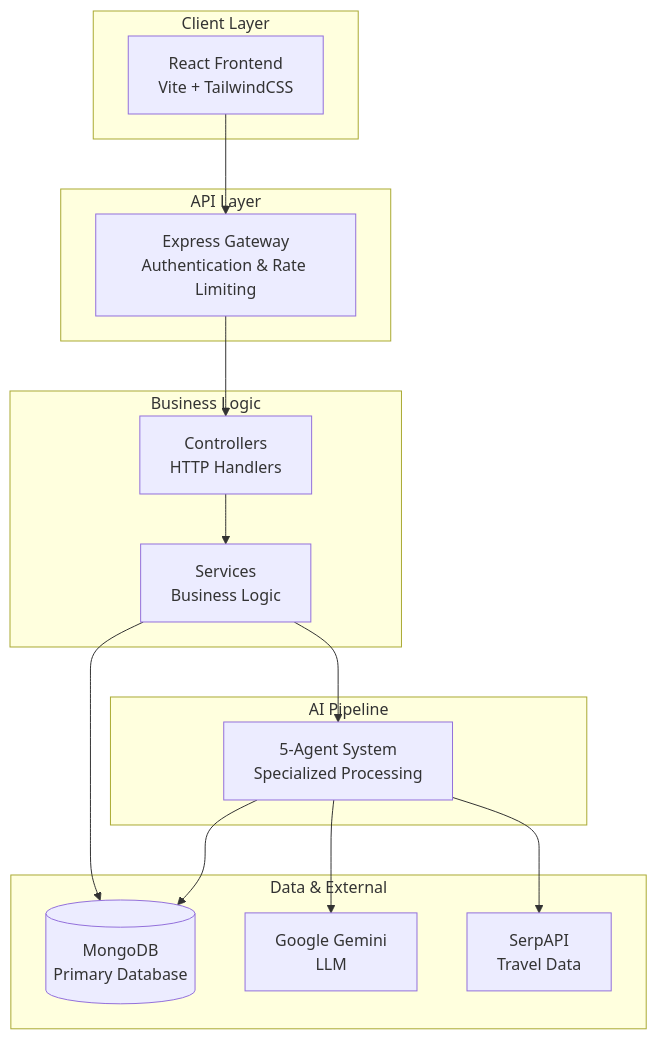
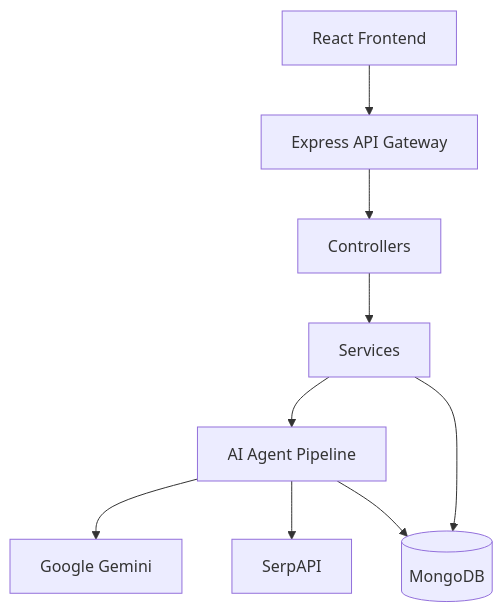
Before and after one commit to VRAJESH-31/VoyageGEN--B2B-Travel-Agency-Quoatation-System: the second of 6 diagrams in README.md, drawn with Mermaid. The commit also changed other lines of this file, not shown here.

````diff
--- a/README.md
+++ b/README.md
@@ -85,34 +368,11 @@
 ```mermaid
-flowchart TD
-    subgraph "Client Layer"
-        A[React Frontend<br/>Vite + TailwindCSS]
-    end
-    
-    subgraph "API Layer"
-        B[Express Gateway<br/>Authentication & Rate Limiting]
-    end
-    
-    subgraph "Business Logic"
-        C[Controllers<br/>HTTP Handlers]
-        D[Services<br/>Business Logic]
-    end
-    
-    subgraph "AI Pipeline"
-        E[5-Agent System<br/>Specialized Processing]
-    end
-    
-    subgraph "Data & External"
-        F[(MongoDB<br/>Primary Database)]
-        G[Google Gemini<br/>LLM]
-        H[SerpAPI<br/>Travel Data]
-    end
-    
-    A --> B
-    B --> C
-    C --> D
-    D --> E
-    D --> F
-    E --> G
-    E --> H
+flowchart TB
+    A[React Frontend] --> B[Express API Gateway]
+    B --> C[Controllers]
+    C --> D[Services]
+    D --> E[AI Agent Pipeline]
+    D --> F[(MongoDB)]
+    E --> G[Google Gemini]
+    E --> H[SerpAPI]
     E --> F
 ```
````
